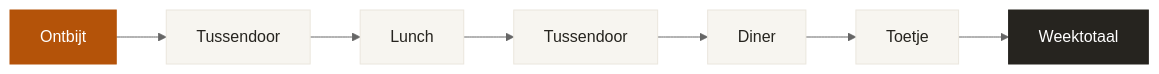
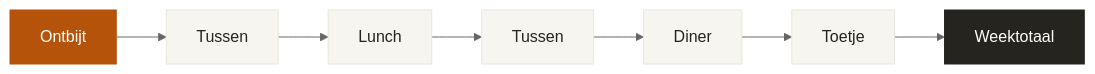
One commit to Basvanp/recept changed the first of 2 diagrams in README.md. Above: the diagram before and after it, drawn with Mermaid (neutral theme). The commit also changed other lines of this file and 2 other files, not shown here.

Commit message:
Refresh the README banner to match Marthes' header, compensation, and week strip.

````diff
--- a/README.md
+++ b/README.md
@@ -24,16 +24,16 @@
 ```mermaid
 flowchart LR
-  A[Ontbijt] --> B[Tussendoor]
+  A[Ontbijt] --> B[Tussen]
   B --> C[Lunch]
-  C --> D[Tussendoor]
+  C --> D[Tussen]
   D --> E[Diner]
   E --> F[Toetje]
   F --> G[Weektotaal]
   style A fill:#b45309,stroke:#b45309,color:#fff
   style B fill:#f7f5f0,stroke:#eae6dd,color:#26241f
   style C fill:#f7f5f0,stroke:#eae6dd,color:#26241f
   style D fill:#f7f5f0,stroke:#eae6dd,color:#26241f
   style E fill:#f7f5f0,stroke:#eae6dd,color:#26241f
   style F fill:#f7f5f0,stroke:#eae6dd,color:#26241f
   style G fill:#26241f,stroke:#26241f,color:#fff
 ```
````
